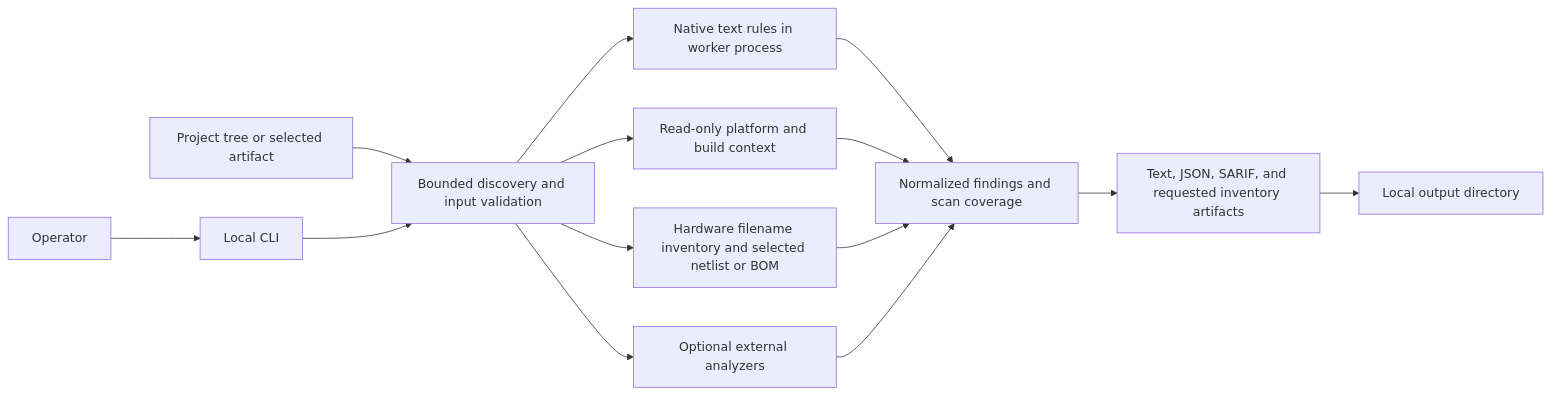
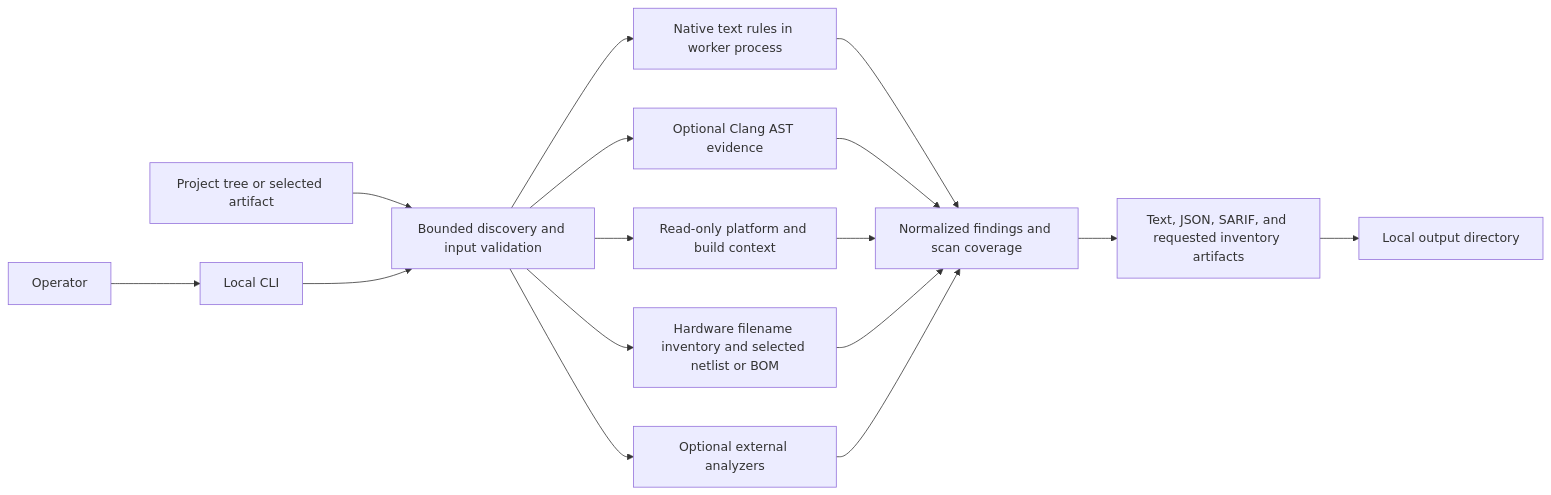
The first of 5 diagrams in docs/architecture.md (VIGIL-IoT/VIGIL-FUSE), drawn with Mermaid before and after one commit. The commit also changed other lines of this file and 15 other files, not shown here.

````diff
--- a/docs/architecture.md
+++ b/docs/architecture.md
@@ -15,16 +15,18 @@
 ```mermaid
 flowchart LR
     Operator[Operator] --> CLI[Local CLI]
     Target[Project tree or selected artifact] --> Discovery[Bounded discovery and input validation]
     CLI --> Discovery
     Discovery --> Native[Native text rules in worker process]
     Discovery --> Context[Read-only platform and build context]
     Discovery --> Hardware[Hardware filename inventory and selected netlist or BOM]
+    Discovery --> Clang[Optional Clang AST evidence]
     Discovery --> Optional[Optional external analyzers]
     Native --> Model[Normalized findings and scan coverage]
+    Clang --> Model
     Context --> Model
     Hardware --> Model
     Optional --> Model
     Model --> Reports[Text, JSON, SARIF, and requested inventory artifacts]
     Reports --> Output[Local output directory]
 ```
````
